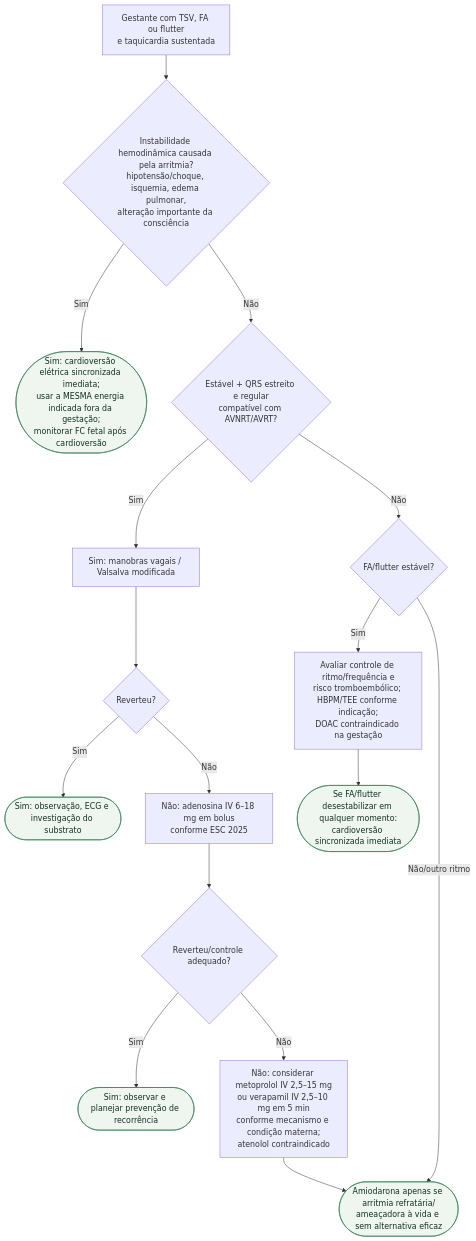
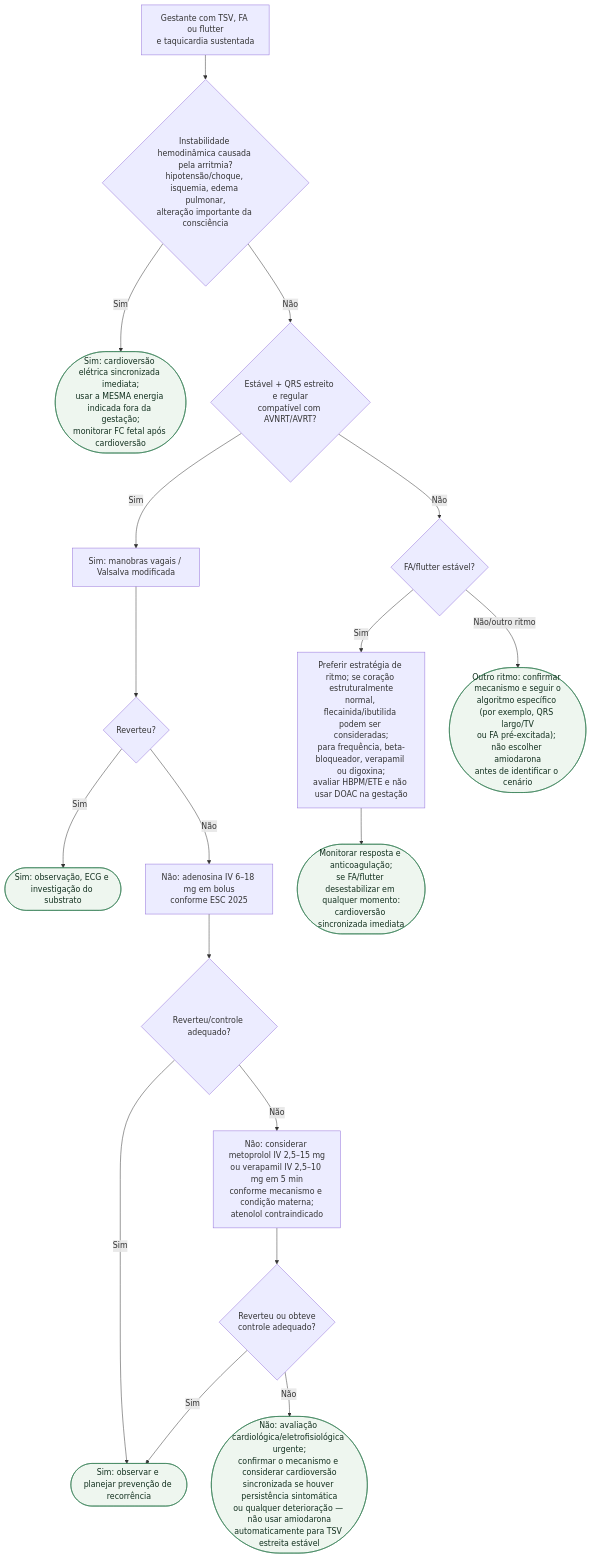
The diagram in content/Gravidez/fluxograma-taquiarritmia-na-gestacao-com-instabilidade-hemodinamica.md (rafaelpaesmeirelles/MeuCardio), drawn with Mermaid before and after one commit. The commit also changed other lines of this file and 22 other files, not shown here.

````diff
--- a/content/Gravidez/fluxograma-taquiarritmia-na-gestacao-com-instabilidade-hemodinamica.md
+++ b/content/Gravidez/fluxograma-taquiarritmia-na-gestacao-com-instabilidade-hemodinamica.md
@@ -13,37 +14,41 @@
 ```mermaid
 flowchart TD
   R0["Gestante com TSV, FA ou flutter<br/>e taquicardia sustentada"]
   D1{"Instabilidade hemodinâmica causada pela arritmia?<br/>hipotensão/choque, isquemia, edema pulmonar,<br/>alteração importante da consciência"}
   C1(["Sim: cardioversão elétrica sincronizada imediata;<br/>usar a MESMA energia indicada fora da gestação;<br/>monitorar FC fetal após cardioversão"])
   D2{"Estável + QRS estreito e regular<br/>compatível com AVNRT/AVRT?"}
   P1["Sim: manobras vagais / Valsalva modificada"]
   D3{"Reverteu?"}
   C2(["Sim: observação, ECG e investigação do substrato"])
   P2["Não: adenosina IV 6–18 mg em bolus<br/>conforme ESC 2025"]
   D4{"Reverteu/controle adequado?"}
   C3(["Sim: observar e planejar prevenção de recorrência"])
   P3["Não: considerar metoprolol IV 2,5–15 mg<br/>ou verapamil IV 2,5–10 mg em 5 min<br/>conforme mecanismo e condição materna;<br/>atenolol contraindicado"]
+  D6{"Reverteu ou obteve<br/>controle adequado?"}
+  C6(["Não: avaliação cardiológica/eletrofisiológica urgente;<br/>confirmar o mecanismo e considerar cardioversão<br/>sincronizada se houver persistência sintomática<br/>ou qualquer deterioração — não usar amiodarona<br/>automaticamente para TSV estreita estável"])
   D5{"FA/flutter estável?"}
-  P4["Avaliar controle de ritmo/frequência e<br/>risco tromboembólico; HBPM/TEE conforme indicação;<br/>DOAC contraindicado na gestação"]
-  C4(["Se FA/flutter desestabilizar em qualquer momento:<br/>cardioversão sincronizada imediata"])
-  C5(["Amiodarona apenas se arritmia refratária/<br/>ameaçadora à vida e sem alternativa eficaz"])
+  P4["Preferir estratégia de ritmo; se coração estruturalmente<br/>normal, flecainida/ibutilida podem ser consideradas;<br/>para frequência, beta-bloqueador, verapamil ou digoxina;<br/>avaliar HBPM/ETE e não usar DOAC na gestação"]
+  C4(["Monitorar resposta e anticoagulação;<br/>se FA/flutter desestabilizar em qualquer momento:<br/>cardioversão sincronizada imediata"])
+  C5(["Outro ritmo: confirmar mecanismo e seguir o<br/>algoritmo específico (por exemplo, QRS largo/TV<br/>ou FA pré-excitada); não escolher amiodarona<br/>antes de identificar o cenário"])
 
   R0 --> D1
   D1 -->|"Sim"| C1
   D1 -->|"Não"| D2
   D2 -->|"Sim"| P1
   D2 -->|"Não"| D5
   P1 --> D3
   D3 -->|"Sim"| C2
   D3 -->|"Não"| P2
   P2 --> D4
   D4 -->|"Sim"| C3
   D4 -->|"Não"| P3
+  P3 --> D6
+  D6 -->|"Sim"| C3
+  D6 -->|"Não"| C6
   D5 -->|"Sim"| P4
   D5 -->|"Não/outro ritmo"| C5
   P4 --> C4
-  P3 --> C5
 
   classDef conduta fill:#eef6ef,stroke:#2f7a4f,color:#12301f;
-  class C1,C2,C3,C4,C5 conduta;
+  class C1,C2,C3,C4,C5,C6 conduta;
 ```
````
